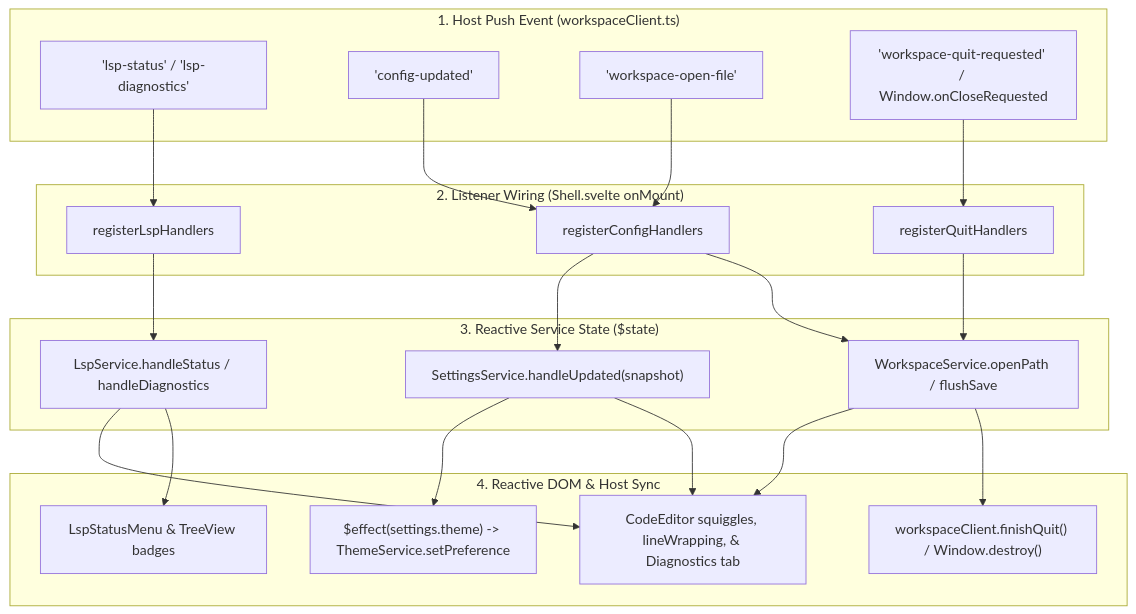
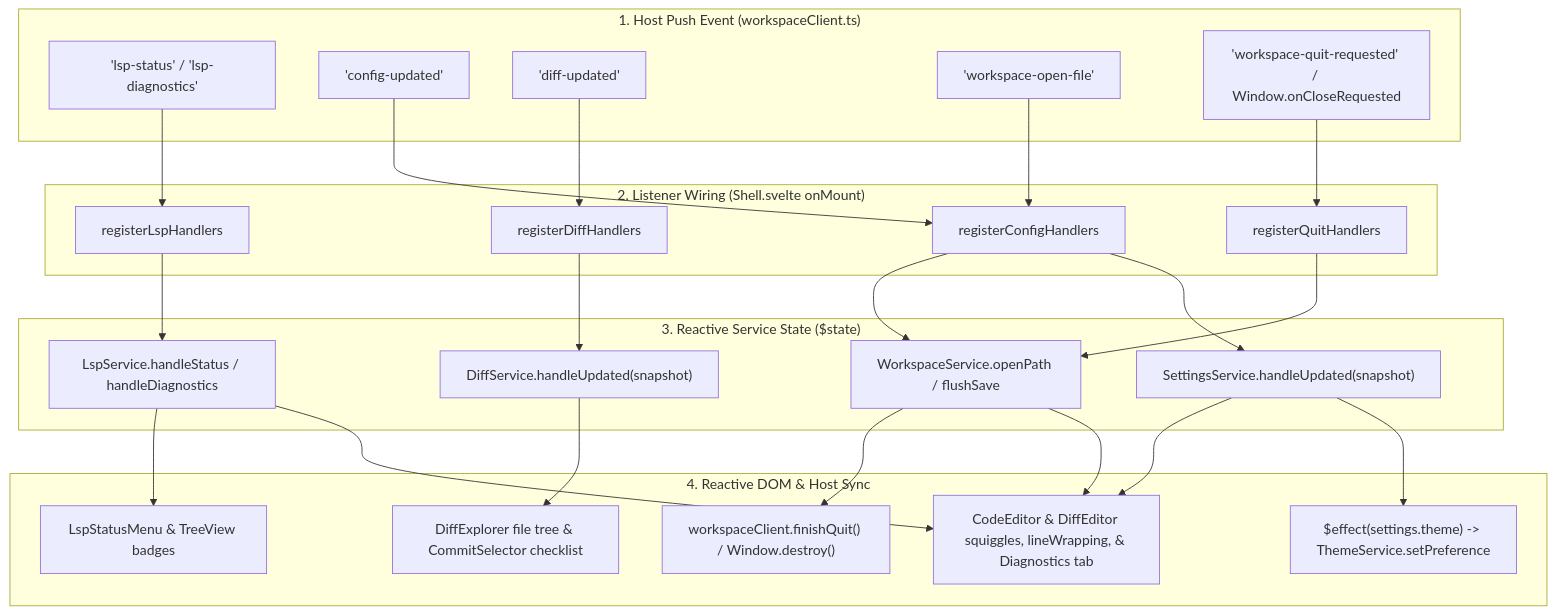
The third of 3 diagrams in docs/architecture/web/index.md (difflab-io/lgtm), drawn with Mermaid before and after one commit. The commit also changed other lines of this file and 45 other files, not shown here.

Commit message:
feat(desktop,web,ui): add CodeMirror diff viewer, collapsible diff explorer, and commit checklist

````diff
--- a/docs/architecture/web/index.md
+++ b/docs/architecture/web/index.md
@@ -114,39 +129,45 @@
 ```mermaid
 flowchart TD
     subgraph HostPush["1. Host Push Event (workspaceClient.ts)"]
         E_LSP["'lsp-status' / 'lsp-diagnostics'"]
         E_CFG["'config-updated'"]
+        E_DIFF["'diff-updated'"]
         E_MENU["'workspace-open-file'"]
         E_QUIT["'workspace-quit-requested' / Window.onCloseRequested"]
     end
 
     subgraph ShellMount["2. Listener Wiring (Shell.svelte onMount)"]
         H_LSP["registerLspHandlers"]
         H_CFG["registerConfigHandlers"]
+        H_DIFF["registerDiffHandlers"]
         H_QUIT["registerQuitHandlers"]
     end
 
     subgraph Services["3. Reactive Service State ($state)"]
         S_LSP["LspService.handleStatus / handleDiagnostics"]
         S_SET["SettingsService.handleUpdated(snapshot)"]
+        S_DIFF["DiffService.handleUpdated(snapshot)"]
         S_WS["WorkspaceService.openPath / flushSave"]
     end
 
     subgraph UI["4. Reactive DOM & Host Sync"]
-        U_EDITOR["CodeEditor squiggles, lineWrapping, & Diagnostics tab"]
+        U_EDITOR["CodeEditor & DiffEditor squiggles, lineWrapping, & Diagnostics tab"]
+        U_DIFF["DiffExplorer file tree & CommitSelector checklist"]
         U_MENU["LspStatusMenu & TreeView badges"]
         U_THEME["$effect(settings.theme) -> ThemeService.setPreference"]
         U_EXIT["workspaceClient.finishQuit() / Window.destroy()"]
     end
 
     E_LSP --> H_LSP --> S_LSP
     S_LSP --> U_EDITOR
     S_LSP --> U_MENU
 
     E_CFG --> H_CFG --> S_SET
     S_SET --> U_THEME
     S_SET --> U_EDITOR
 
+    E_DIFF --> H_DIFF --> S_DIFF --> U_DIFF
+
     E_MENU --> H_CFG --> S_WS --> U_EDITOR
     E_QUIT --> H_QUIT --> S_WS --> U_EXIT
 ```
````
